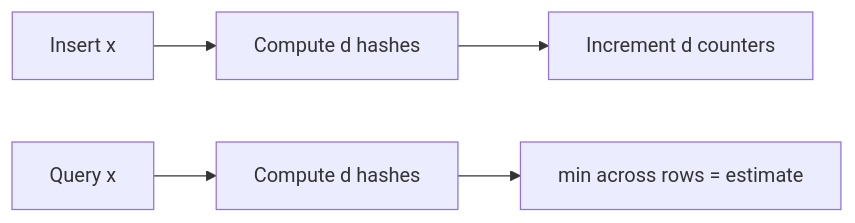
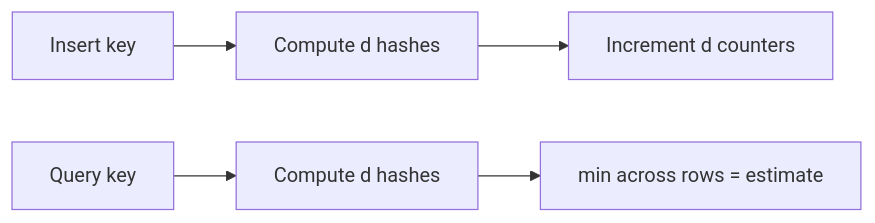
The fourth of 13 diagrams in 13-advanced-topics/README.md (hareramcse/SystemDesign), drawn with Mermaid before and after one commit. The commit also changed other lines of this file, not shown here.

````diff
--- a/13-advanced-topics/README.md
+++ b/13-advanced-topics/README.md
@@ -688,7 +775,7 @@
 ```mermaid
 flowchart LR
-    Ins[Insert x] --> Hash[Compute d hashes]
+    Ins[Insert key] --> Hash[Compute d hashes]
     Hash --> Inc[Increment d counters]
-    Qry[Query x] --> Hash2[Compute d hashes]
+    Qry[Query key] --> Hash2[Compute d hashes]
     Hash2 --> Min[min across rows = estimate]
 ```
````
